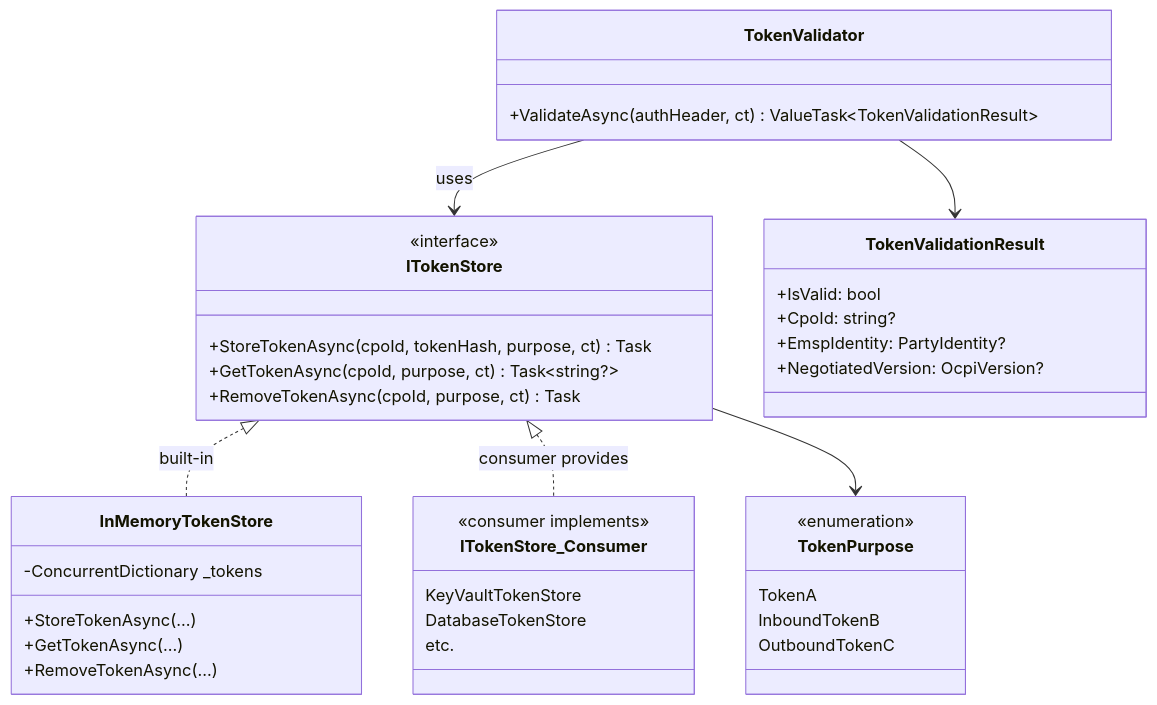
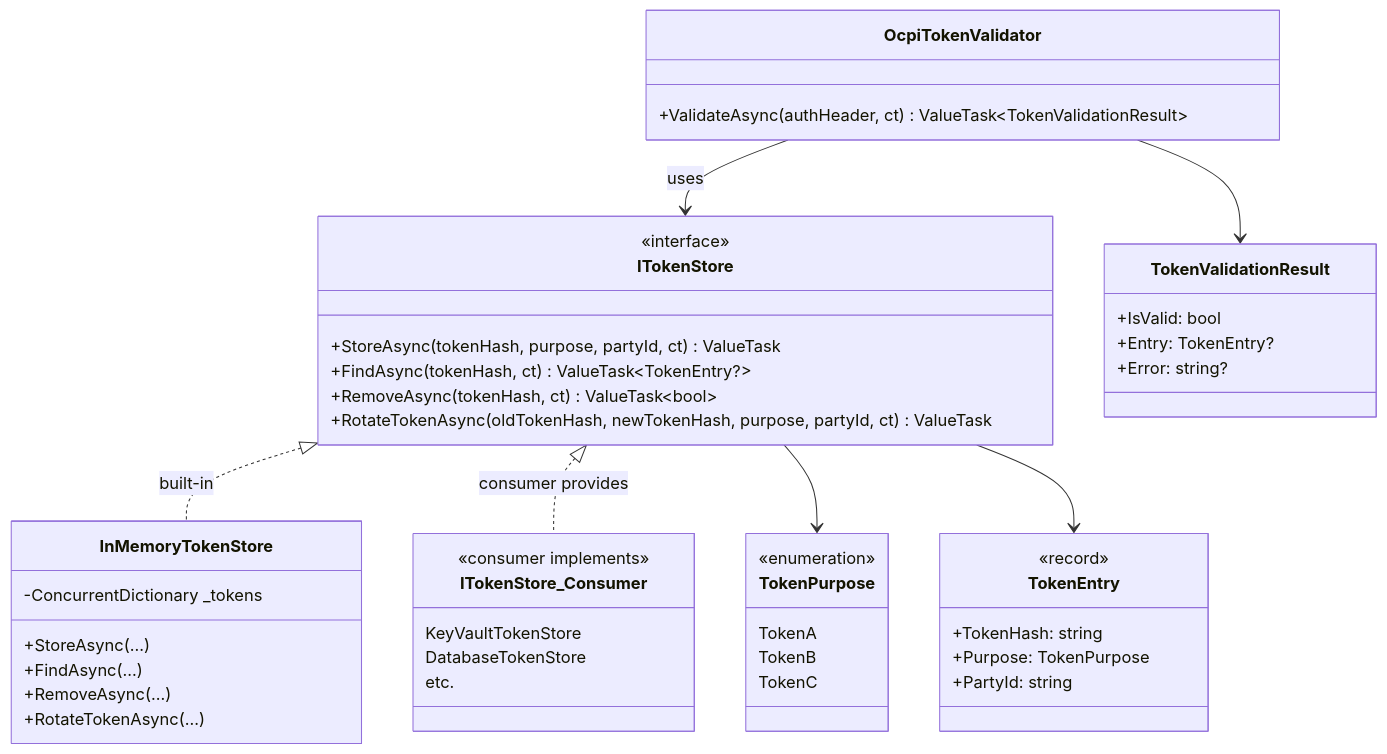
Diagram 22 of 34 in docs/architecture.md (hannan-m/DotOcpi), drawn with Mermaid before and after one commit. The commit also changed other lines of this file, not shown here.

First line of the commit message:
fix architecture.md to match actual implementation

````diff
--- a/docs/architecture.md
+++ b/docs/architecture.md
@@ -825,48 +833,57 @@
 ```mermaid
 classDiagram
     class ITokenStore {
         <<interface>>
-        +StoreTokenAsync(cpoId, tokenHash, purpose, ct) Task
-        +GetTokenAsync(cpoId, purpose, ct) Task~string?~
-        +RemoveTokenAsync(cpoId, purpose, ct) Task
+        +StoreAsync(tokenHash, purpose, partyId, ct) ValueTask
+        +FindAsync(tokenHash, ct) ValueTask~TokenEntry?~
+        +RemoveAsync(tokenHash, ct) ValueTask~bool~
+        +RotateTokenAsync(oldTokenHash, newTokenHash, purpose, partyId, ct) ValueTask
+    }
+
+    class TokenEntry {
+        <<record>>
+        +TokenHash: string
+        +Purpose: TokenPurpose
+        +PartyId: string
     }
 
     class TokenPurpose {
         <<enumeration>>
         TokenA
-        InboundTokenB
-        OutboundTokenC
+        TokenB
+        TokenC
     }
 
-    class TokenValidator {
+    class OcpiTokenValidator {
         +ValidateAsync(authHeader, ct) ValueTask~TokenValidationResult~
     }
 
     class InMemoryTokenStore {
         -ConcurrentDictionary _tokens
-        +StoreTokenAsync(...)
-        +GetTokenAsync(...)
-        +RemoveTokenAsync(...)
+        +StoreAsync(...)
+        +FindAsync(...)
+        +RemoveAsync(...)
+        +RotateTokenAsync(...)
     }
 
     class ITokenStore_Consumer {
         <<consumer implements>>
         KeyVaultTokenStore
         DatabaseTokenStore
         etc.
     }
 
     ITokenStore <|.. InMemoryTokenStore : built-in
     ITokenStore <|.. ITokenStore_Consumer : consumer provides
     ITokenStore --> TokenPurpose
+    ITokenStore --> TokenEntry
 
     class TokenValidationResult {
         +IsValid: bool
-        +CpoId: string?
-        +EmspIdentity: PartyIdentity?
-        +NegotiatedVersion: OcpiVersion?
+        +Entry: TokenEntry?
+        +Error: string?
     }
 
-    TokenValidator --> TokenValidationResult
-    TokenValidator --> ITokenStore : uses
+    OcpiTokenValidator --> TokenValidationResult
+    OcpiTokenValidator --> ITokenStore : uses
 ```
````
